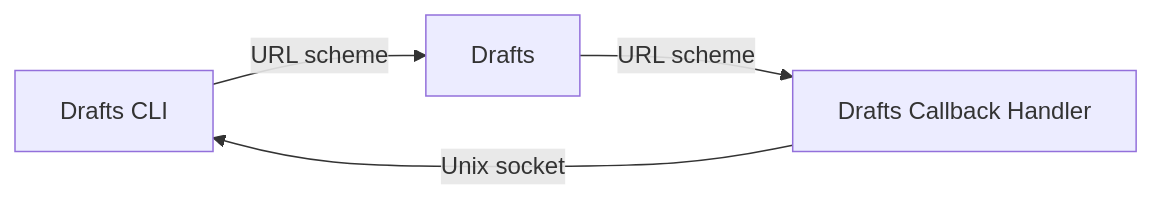
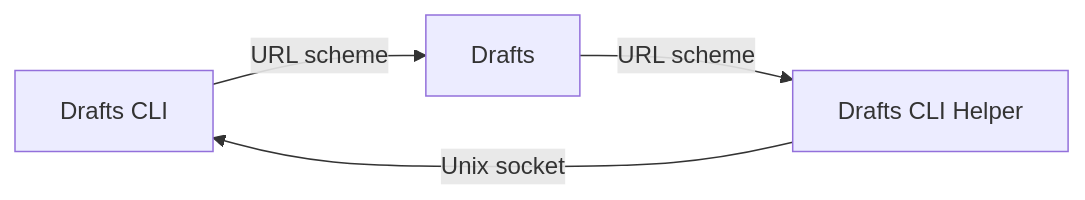
The diagram in README.md (ernstwi/drafts), drawn with Mermaid before and after one commit. The commit also changed other lines of this file, not shown here.

````diff
--- a/README.md
+++ b/README.md
@@ -52,6 +52,6 @@
 ```mermaid
 graph LR;
     cli[Drafts CLI]-- URL scheme -->drafts[Drafts]
-    drafts-- URL scheme -->cbh[Drafts Callback Handler]
+    drafts-- URL scheme -->cbh[Drafts CLI Helper]
     cbh-- Unix socket -->cli
 ```
````
